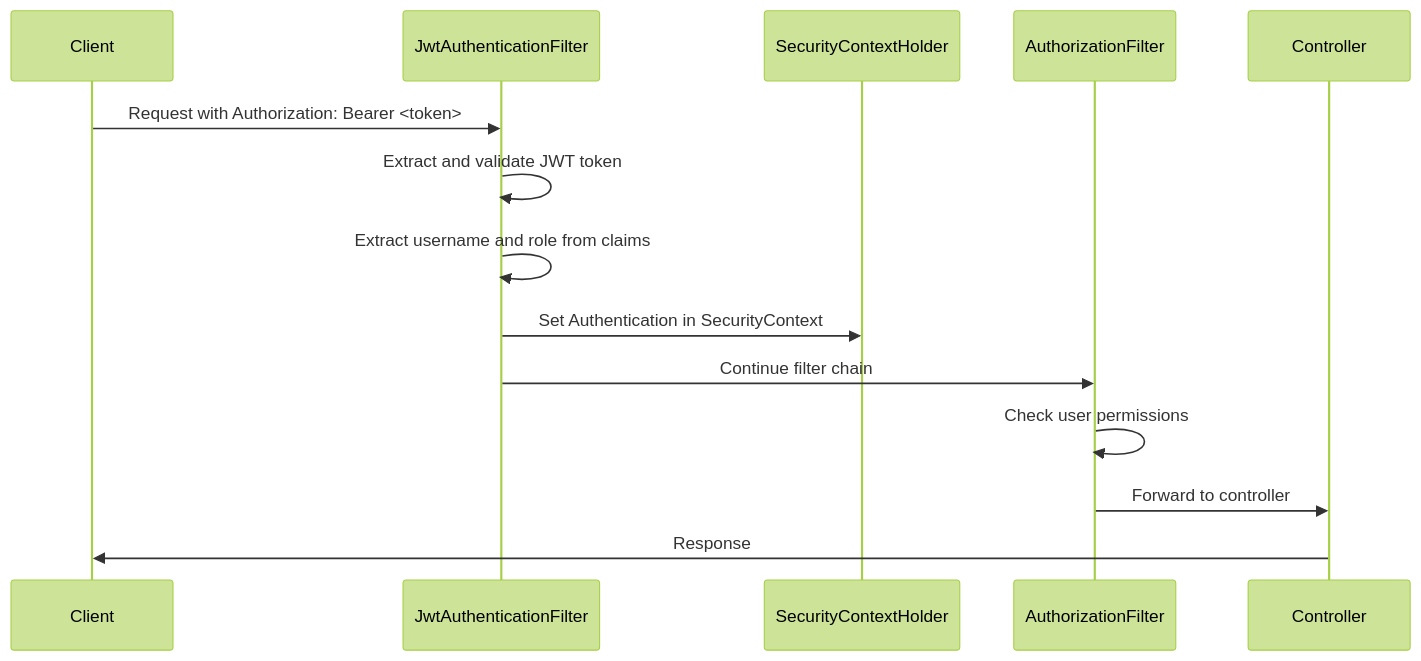
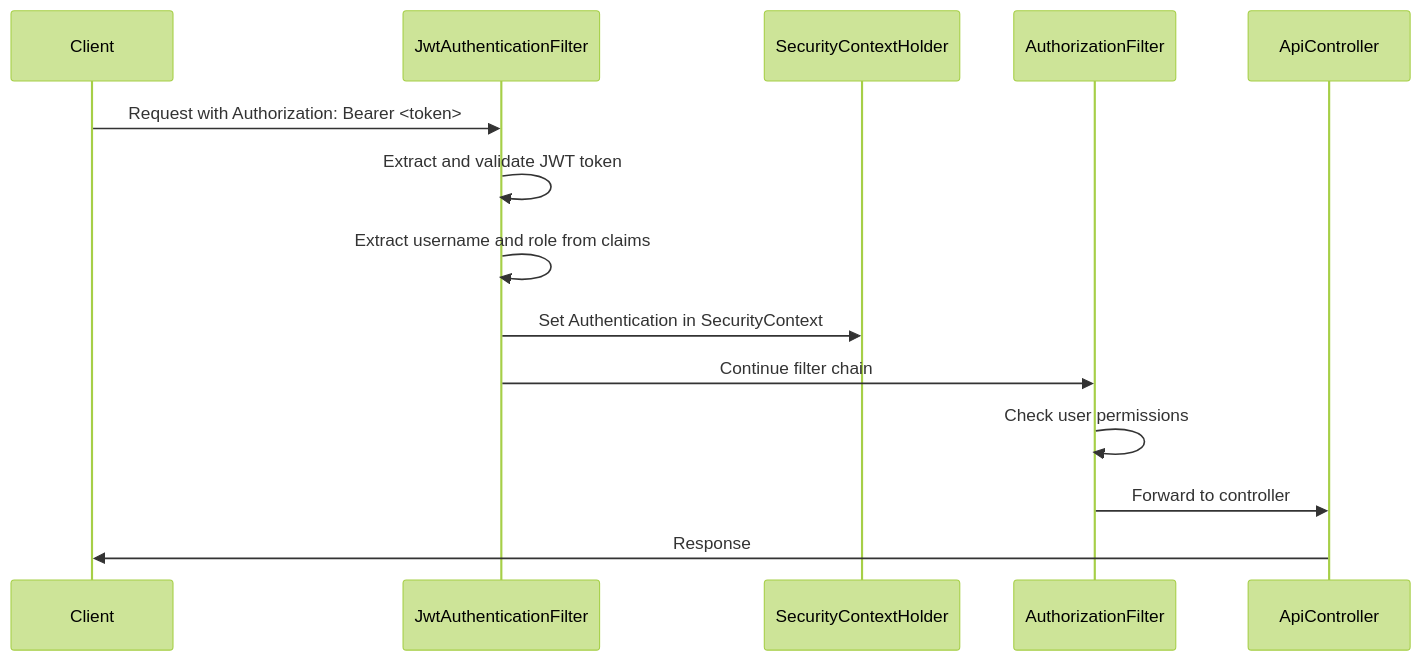
The second of 3 diagrams in docs/security/filter-chain.md (nitinkc/spring-security-reference), drawn with Mermaid (forest theme) before and after one commit. The commit also changed other lines of this file and 11 other files, not shown here.

````diff
--- a/docs/security/filter-chain.md
+++ b/docs/security/filter-chain.md
@@ -121,17 +148,17 @@
 ```mermaid
 sequenceDiagram
     participant C as Client
     participant F as JwtAuthenticationFilter
     participant S as SecurityContextHolder
     participant A as AuthorizationFilter
-    participant R as Controller
+    participant R as ApiController
 
     C->>F: Request with Authorization: Bearer <token>
     F->>F: Extract and validate JWT token
     F->>F: Extract username and role from claims
     F->>S: Set Authentication in SecurityContext
     F->>A: Continue filter chain
     A->>A: Check user permissions
     A->>R: Forward to controller
     R->>C: Response
 ```
````
